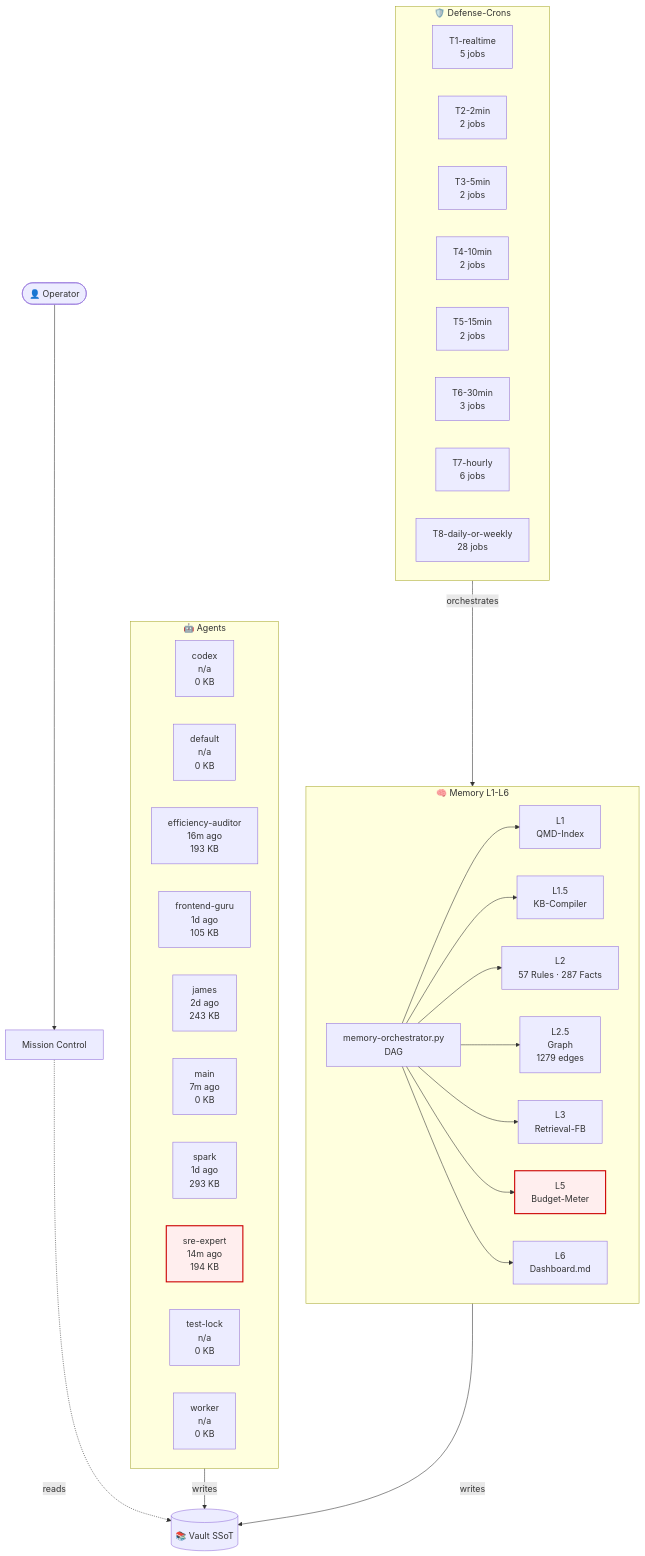
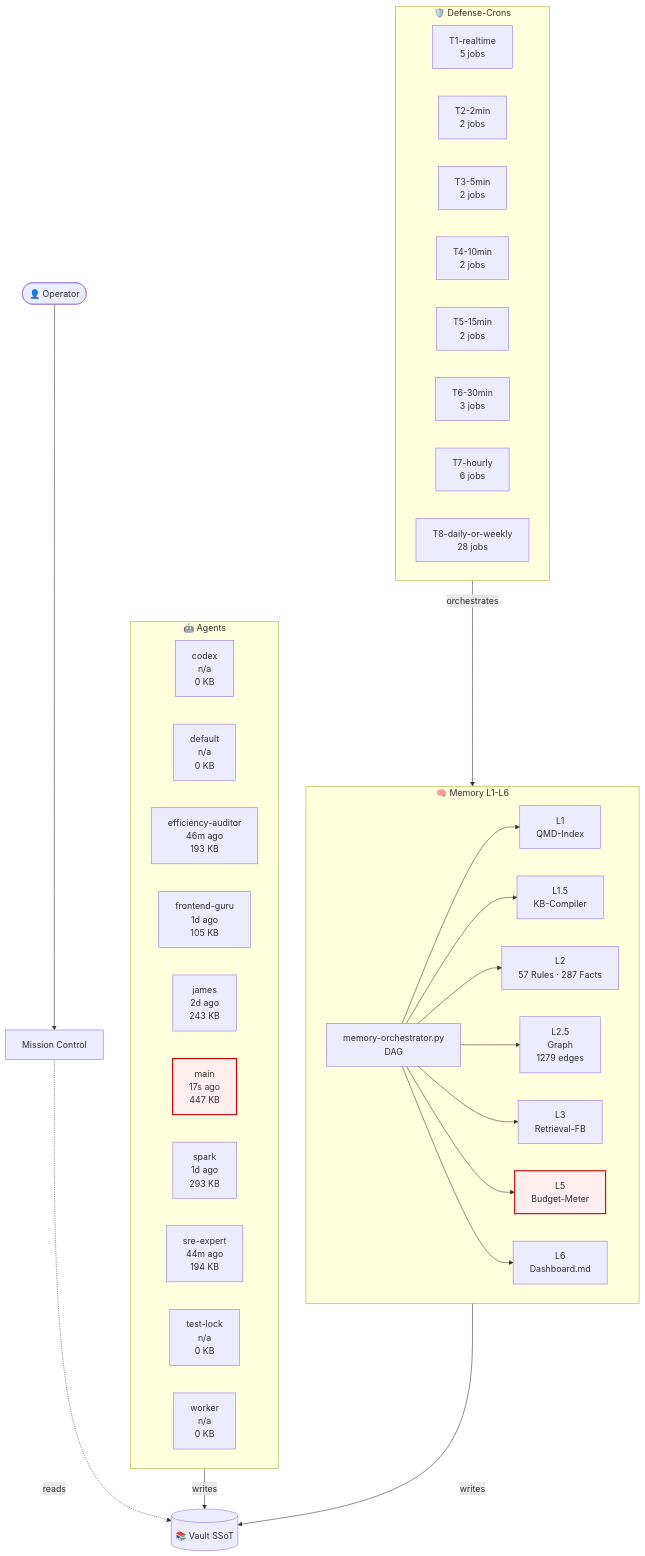
The diagram in 03-Agents/architecture-live.md (lenardhuebner88-rgb/openclaw-memory), drawn with Mermaid before and after one commit. The commit also changed other lines of this file and 4 other files, not shown here.

````diff
--- a/03-Agents/architecture-live.md
+++ b/03-Agents/architecture-live.md
@@ -18,53 +18,53 @@
 ```mermaid
 flowchart TB
     classDef critical fill:#fee,stroke:#c00,stroke-width:2px;
     subgraph AGT["🤖 Agents"]
         agent_codex["codex<br/>n/a<br/>0 KB"]
         agent_default["default<br/>n/a<br/>0 KB"]
-        agent_efficiency_auditor["efficiency-auditor<br/>16m ago<br/>193 KB"]
+        agent_efficiency_auditor["efficiency-auditor<br/>46m ago<br/>193 KB"]
         agent_frontend_guru["frontend-guru<br/>1d ago<br/>105 KB"]
         agent_james["james<br/>2d ago<br/>243 KB"]
-        agent_main["main<br/>7m ago<br/>0 KB"]
+        agent_main["main<br/>17s ago<br/>447 KB"]
         agent_spark["spark<br/>1d ago<br/>293 KB"]
-        agent_sre_expert["sre-expert<br/>14m ago<br/>194 KB"]
+        agent_sre_expert["sre-expert<br/>44m ago<br/>194 KB"]
         agent_test_lock["test-lock<br/>n/a<br/>0 KB"]
         agent_worker["worker<br/>n/a<br/>0 KB"]
     end
     subgraph MEM["🧠 Memory L1-L6"]
         L1["L1<br/>QMD-Index"]
         L15["L1.5<br/>KB-Compiler"]
         L2["L2<br/>57 Rules · 287 Facts"]
         L25["L2.5<br/>Graph<br/>1279 edges"]
         L3["L3<br/>Retrieval-FB"]
         L5["L5<br/>Budget-Meter"]
         L6["L6<br/>Dashboard.md"]
         ORCH["memory-orchestrator.py<br/>DAG"]
     end
     subgraph CRN["🛡️ Defense-Crons"]
         tier_T1_realtime["T1-realtime<br/>5 jobs"]
         tier_T2_2min["T2-2min<br/>2 jobs"]
         tier_T3_5min["T3-5min<br/>2 jobs"]
         tier_T4_10min["T4-10min<br/>2 jobs"]
         tier_T5_15min["T5-15min<br/>2 jobs"]
         tier_T6_30min["T6-30min<br/>3 jobs"]
         tier_T7_hourly["T7-hourly<br/>6 jobs"]
         tier_T8_daily_or_weekly["T8-daily-or-weekly<br/>28 jobs"]
     end
     VAULT[("📚 Vault SSoT")]
     OP([👤 Operator])
     MC["Mission Control"]
     OP --> MC
     MC -.reads.-> VAULT
     AGT -->|writes| VAULT
     MEM -->|writes| VAULT
     ORCH --> L1
     ORCH --> L15
     ORCH --> L2
     ORCH --> L25
     ORCH --> L3
     ORCH --> L5
     ORCH --> L6
     CRN -->|orchestrates| MEM
     class L5 critical
-    class agent_sre_expert critical
+    class agent_main critical
 ```
````
